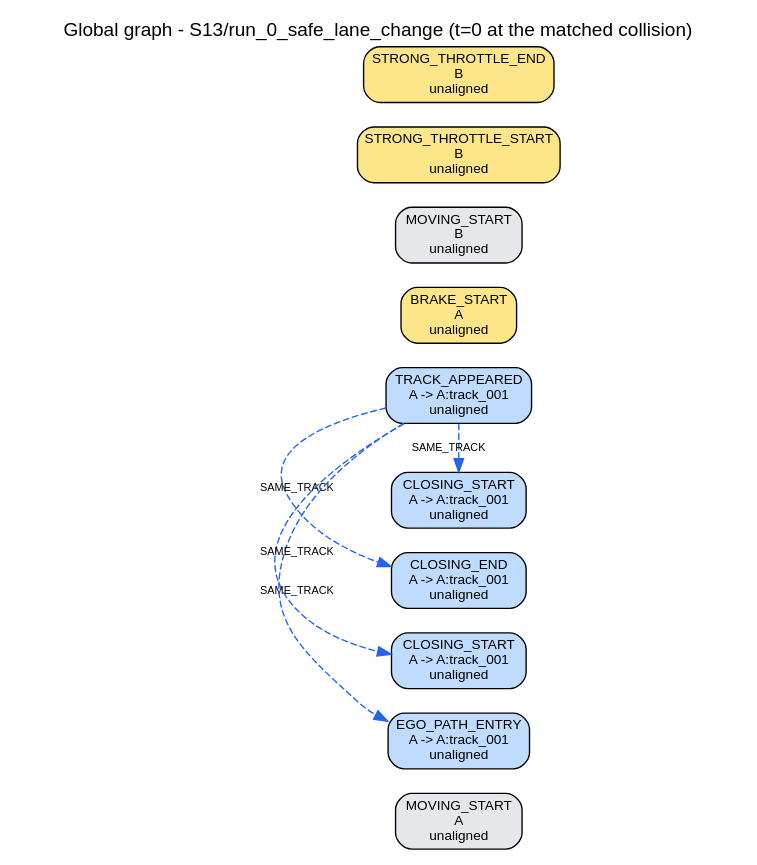
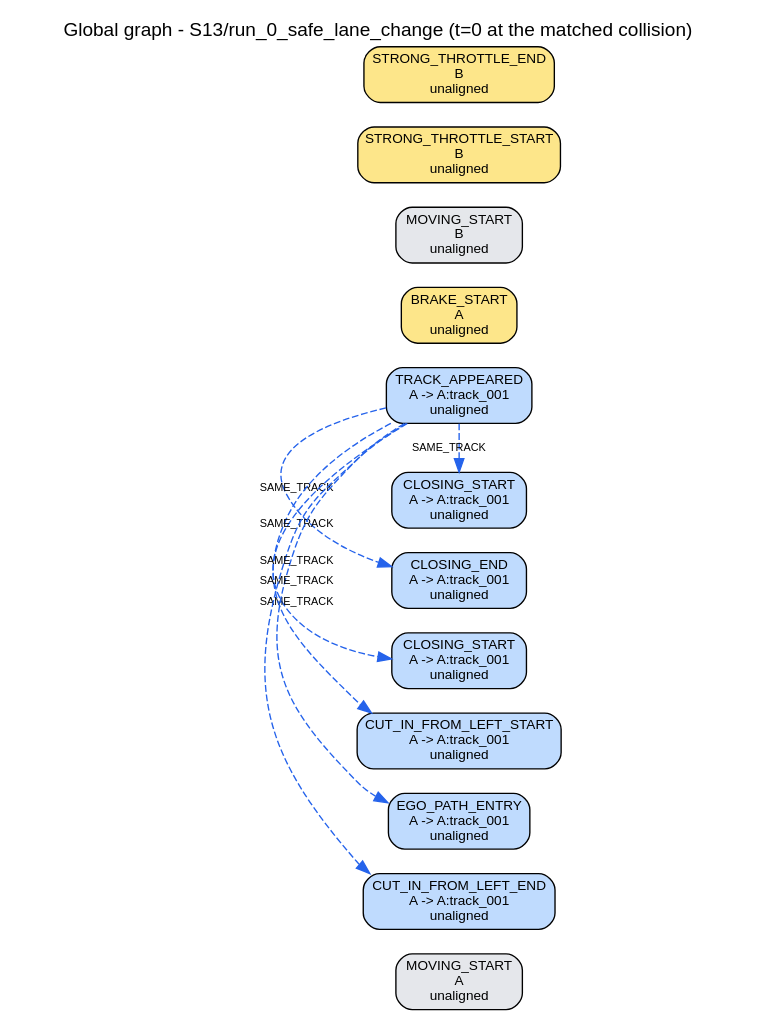
Before and after one commit to AndreaBedei1/causaldrive-forensics: the diagram in traces/S13/run_0_safe_lane_change/reconstruction/global/global_graph.dot, drawn with Graphviz. The commit also changed 485 other files, not shown here.

```diff
--- a/traces/S13/run_0_safe_lane_change/reconstruction/global/global_graph.dot
+++ b/traces/S13/run_0_safe_lane_change/reconstruction/global/global_graph.dot
@@ -1,19 +1,23 @@
 digraph "global" {
   graph [rankdir=LR, labelloc=t, fontname=Helvetica, label="Global graph - S13/run_0_safe_lane_change (t=0 at the matched collision)"];
   node [shape=box, style="rounded,filled", fontname=Helvetica, fontsize=10];
   edge [fontname=Helvetica, fontsize=8];
   "g01" [label="MOVING_START\nA\nunaligned", fillcolor="#e5e7eb"];
   "g02" [label="TRACK_APPEARED\nA -> A:track_001\nunaligned", fillcolor="#bfdbfe"];
   "g03" [label="CLOSING_START\nA -> A:track_001\nunaligned", fillcolor="#bfdbfe"];
   "g04" [label="CLOSING_END\nA -> A:track_001\nunaligned", fillcolor="#bfdbfe"];
   "g05" [label="CLOSING_START\nA -> A:track_001\nunaligned", fillcolor="#bfdbfe"];
   "g06" [label="BRAKE_START\nA\nunaligned", fillcolor="#fde68a"];
-  "g07" [label="EGO_PATH_ENTRY\nA -> A:track_001\nunaligned", fillcolor="#bfdbfe"];
-  "g08" [label="MOVING_START\nB\nunaligned", fillcolor="#e5e7eb"];
-  "g09" [label="STRONG_THROTTLE_START\nB\nunaligned", fillcolor="#fde68a"];
-  "g10" [label="STRONG_THROTTLE_END\nB\nunaligned", fillcolor="#fde68a"];
+  "g07" [label="CUT_IN_FROM_LEFT_START\nA -> A:track_001\nunaligned", fillcolor="#bfdbfe"];
+  "g08" [label="EGO_PATH_ENTRY\nA -> A:track_001\nunaligned", fillcolor="#bfdbfe"];
+  "g09" [label="CUT_IN_FROM_LEFT_END\nA -> A:track_001\nunaligned", fillcolor="#bfdbfe"];
+  "g10" [label="MOVING_START\nB\nunaligned", fillcolor="#e5e7eb"];
+  "g11" [label="STRONG_THROTTLE_START\nB\nunaligned", fillcolor="#fde68a"];
+  "g12" [label="STRONG_THROTTLE_END\nB\nunaligned", fillcolor="#fde68a"];
   "g02" -> "g03" [label="SAME_TRACK", style=dashed, color="#2563eb", constraint=false];
   "g02" -> "g04" [label="SAME_TRACK", style=dashed, color="#2563eb", constraint=false];
   "g02" -> "g05" [label="SAME_TRACK", style=dashed, color="#2563eb", constraint=false];
   "g02" -> "g07" [label="SAME_TRACK", style=dashed, color="#2563eb", constraint=false];
+  "g02" -> "g08" [label="SAME_TRACK", style=dashed, color="#2563eb", constraint=false];
+  "g02" -> "g09" [label="SAME_TRACK", style=dashed, color="#2563eb", constraint=false];
 }
```
